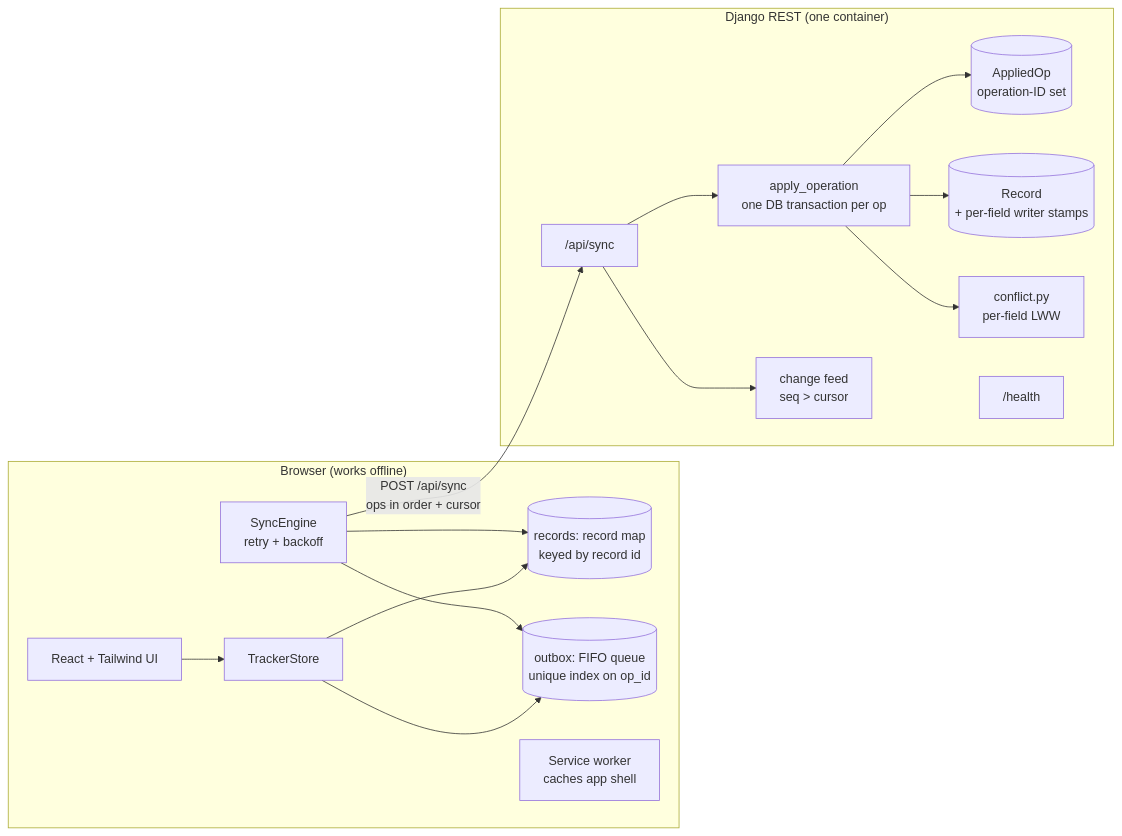
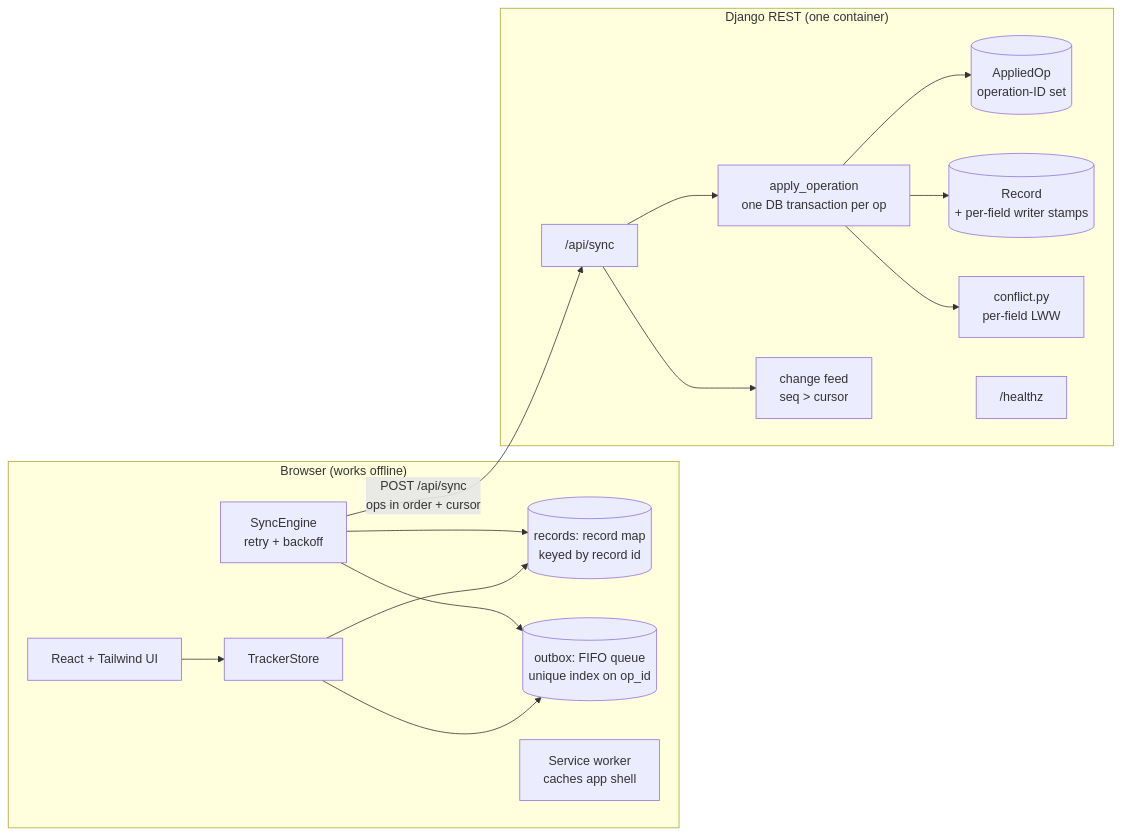
The diagram in README.md (Tony-Omondi/hifadhi-offline-resource-tracker), drawn with Mermaid before and after one commit. The commit also changed other lines of this file and 14 other files, not shown here.

````diff
--- a/README.md
+++ b/README.md
@@ -74,20 +71,20 @@
 ```mermaid
 flowchart LR
   subgraph Browser["Browser (works offline)"]
     UI["React + Tailwind UI"] --> Store["TrackerStore"]
     Store --> RM[("records: record map\nkeyed by record id")]
     Store --> Q[("outbox: FIFO queue\nunique index on op_id")]
     Engine["SyncEngine\nretry + backoff"] --> Q
     Engine --> RM
     SW["Service worker\ncaches app shell"]
   end
   Engine -- "POST /api/sync\nops in order + cursor" --> API
   subgraph Server["Django REST (one container)"]
     API["/api/sync"] --> Apply["apply_operation\none DB transaction per op"]
     Apply --> OPS[("AppliedOp\noperation-ID set")]
     Apply --> REC[("Record\n+ per-field writer stamps")]
     Apply --> LWW["conflict.py\nper-field LWW"]
     API --> Feed["change feed\nseq > cursor"]
-    Health["/health"]
+    Health["/healthz"]
   end
 ```
````
